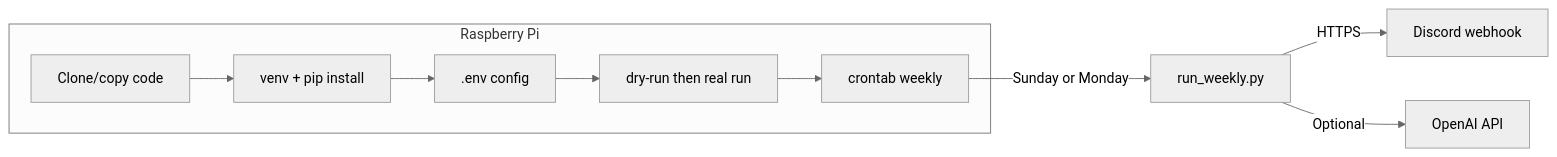
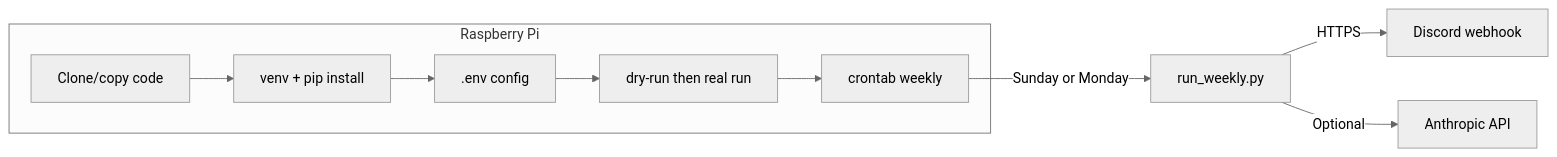
One commit to earvedson/family-bot changed the diagram in RASPBERRY_PI.md. Above: the diagram before and after it, drawn with Mermaid (neutral theme). The commit also changed other lines of this file and 16 other files, not shown here.

````diff
--- a/RASPBERRY_PI.md
+++ b/RASPBERRY_PI.md
@@ -154,14 +154,14 @@
 ```mermaid
 flowchart LR
   subgraph pi [Raspberry Pi]
     Code[Clone/copy code]
     Venv[venv + pip install]
     Env[.env config]
     Test[dry-run then real run]
     Cron[crontab weekly]
   end
   Code --> Venv --> Env --> Test --> Cron
   Cron -->|Sunday or Monday| run_weekly[run_weekly.py]
   run_weekly -->|HTTPS| Discord[Discord webhook]
-  run_weekly -->|Optional| OpenAI[OpenAI API]
+  run_weekly -->|Optional| Claude[Anthropic API]
 ```
````
